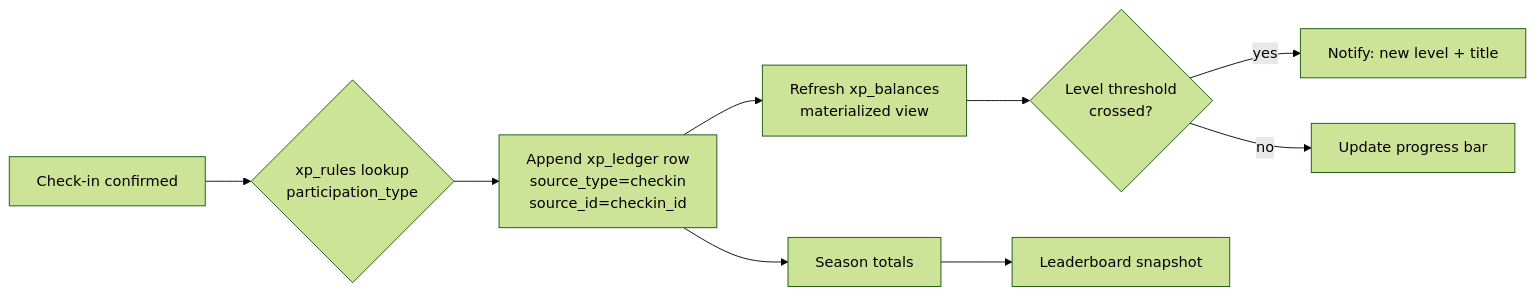
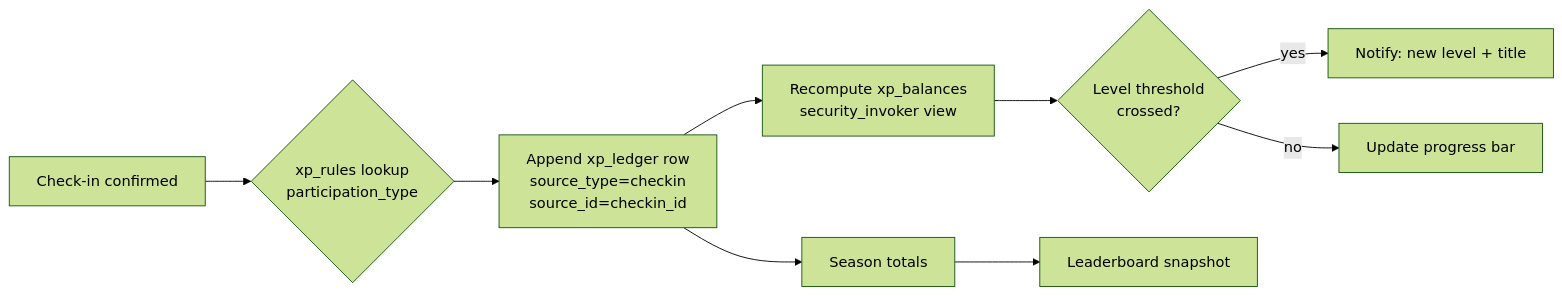
The third of 5 diagrams in docs/SYSTEM_DESIGN.md (jash-aeio/Hiraya), drawn with Mermaid (forest theme) before and after one commit. The commit also changed other lines of this file and 5 other files, not shown here.

First line of the commit message:
docs: checkpoint - Phase 0 week 1, schema and RLS landed

````diff
--- a/docs/SYSTEM_DESIGN.md
+++ b/docs/SYSTEM_DESIGN.md
@@ -153,11 +153,11 @@
 ```mermaid
 flowchart LR
   C[Check-in confirmed] --> R{xp_rules lookup<br/>participation_type}
   R --> L["Append xp_ledger row<br/>source_type=checkin<br/>source_id=checkin_id"]
-  L --> B[Refresh xp_balances<br/>materialized view]
+  L --> B[Recompute xp_balances<br/>security_invoker view]
   B --> V{Level threshold<br/>crossed?}
   V -->|yes| N[Notify: new level + title]
   V -->|no| D[Update progress bar]
   L --> S[Season totals]
   S --> LB[Leaderboard snapshot]
 ```
````
